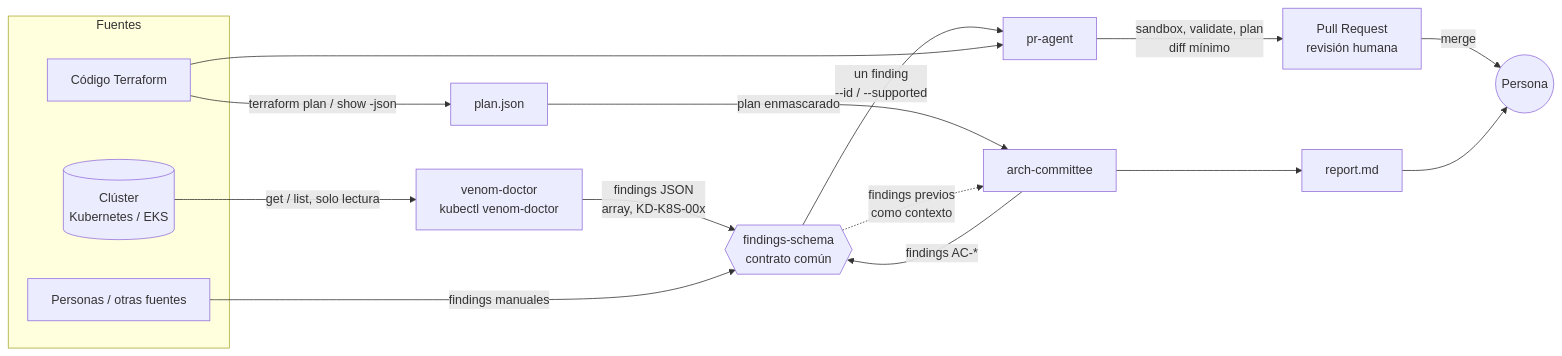
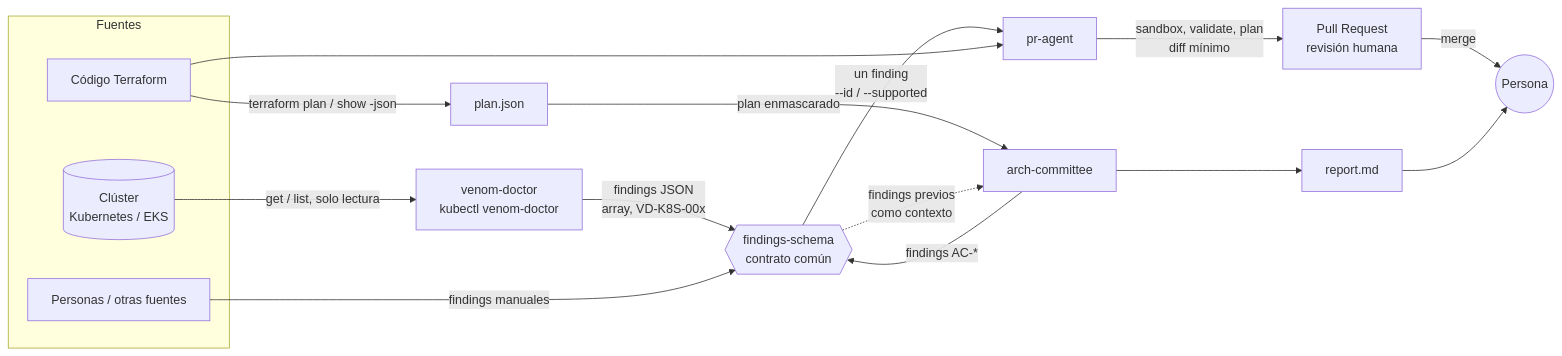
Before and after one commit to CloudVipers/VenomOps: the first of 2 diagrams in docs/arquitectura.md, drawn with Mermaid. The commit also changed other lines of this file and 46 other files, not shown here.

````diff
--- a/docs/arquitectura.md
+++ b/docs/arquitectura.md
@@ -9,25 +9,25 @@
 ```mermaid
 flowchart LR
     subgraph Fuentes
         C[(Clúster<br/>Kubernetes / EKS)]
         T[Código Terraform]
         H[Personas / otras fuentes]
     end
 
     C -->|get / list, solo lectura| K[venom-doctor<br/>kubectl venom-doctor]
-    K -->|findings JSON<br/>array, KD-K8S-00x| F{{findings-schema<br/>contrato común}}
+    K -->|findings JSON<br/>array, VD-K8S-00x| F{{findings-schema<br/>contrato común}}
     H -->|findings manuales| F
 
     F -->|un finding<br/>--id / --supported| PA[pr-agent]
     T --> PA
     PA -->|sandbox, validate, plan<br/>diff mínimo| PR[Pull Request<br/>revisión humana]
 
     T -->|terraform plan / show -json| P[plan.json]
     P -->|plan enmascarado| AC[arch-committee]
     F -.->|findings previos<br/>como contexto| AC
     AC --> R[report.md]
     AC -->|findings AC-*| F
 
     PR -->|merge| H2((Persona))
     R --> H2
 ```
````
